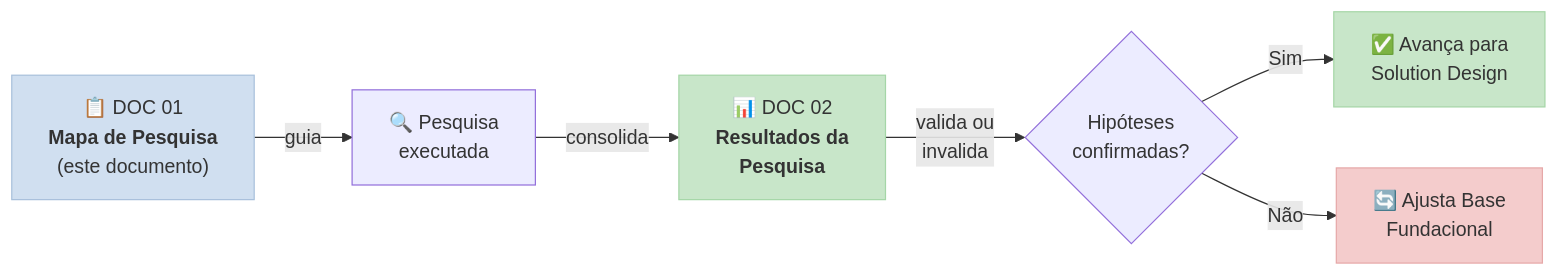
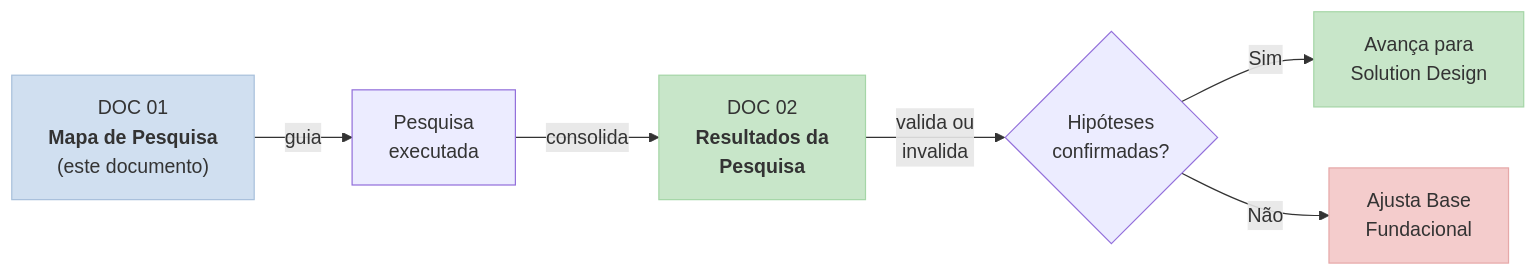
Before and after one commit to fwd-ford/forward-docs: the first of 2 diagrams in project/01_MAPA_DE_PESQUISA.md, drawn with Mermaid. The commit also changed other lines of this file, not shown here.

Commit message:
style: remove emojis from flowchart, swap mindmap to markmap (DOC 01)

````diff
--- a/project/01_MAPA_DE_PESQUISA.md
+++ b/project/01_MAPA_DE_PESQUISA.md
@@ -11,13 +11,13 @@
 ```mermaid
 flowchart LR
-    A["📋 DOC 01<br><b>Mapa de Pesquisa</b><br>(este documento)"] -->|"guia"| B["🔍 Pesquisa<br>executada"]
-    B -->|"consolida"| C["📊 DOC 02<br><b>Resultados da<br>Pesquisa</b>"]
+    A["DOC 01<br><b>Mapa de Pesquisa</b><br>(este documento)"] -->|"guia"| B["Pesquisa<br>executada"]
+    B -->|"consolida"| C["DOC 02<br><b>Resultados da<br>Pesquisa</b>"]
     C -->|"valida ou<br>invalida"| D{"Hipóteses<br>confirmadas?"}
-    D -->|"Sim"| E["✅ Avança para<br>Solution Design"]
-    D -->|"Não"| F["🔄 Ajusta Base<br>Fundacional"]
+    D -->|"Sim"| E["Avança para<br>Solution Design"]
+    D -->|"Não"| F["Ajusta Base<br>Fundacional"]
 
     style A fill:#d0dff0,color:#333,stroke:#a8c0db
     style C fill:#c8e6c9,color:#333,stroke:#a5d6a7
     style E fill:#c8e6c9,color:#333,stroke:#a5d6a7
     style F fill:#f4cccc,color:#333,stroke:#e6a8a8
 ```
````
